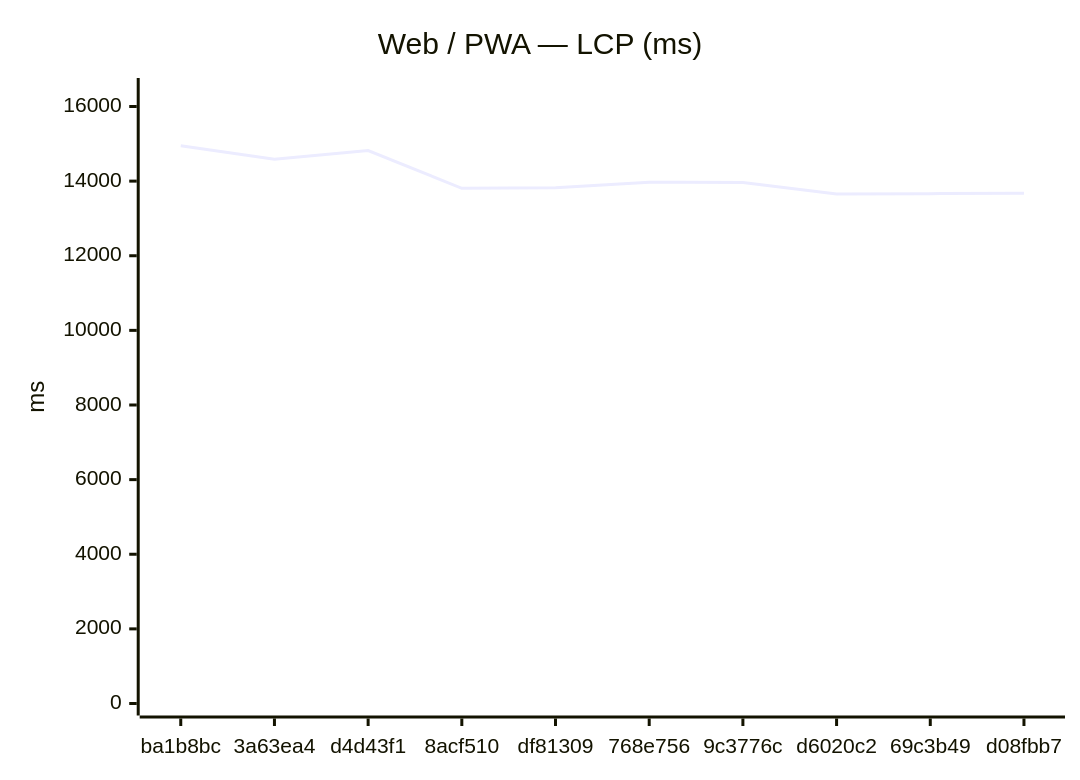
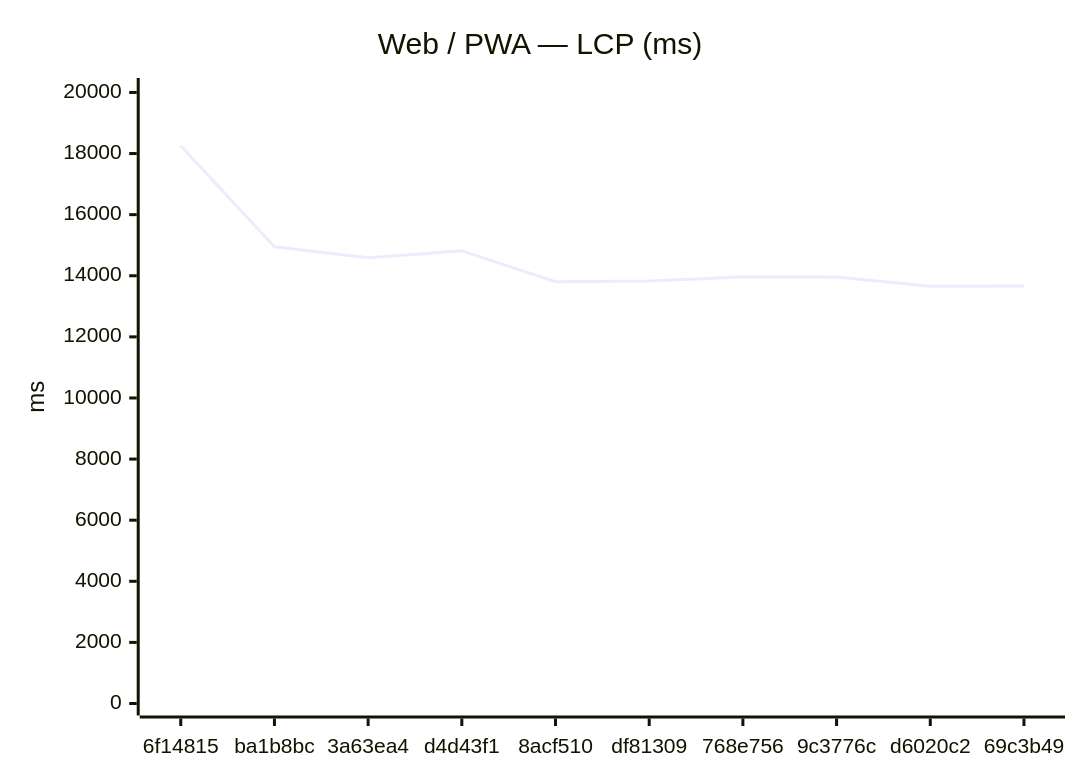
The first of 18 diagrams in benchmarks/compare.md (Metaheurist/Rianell), drawn with Mermaid before and after one commit. The commit also changed other lines of this file and 11 other files, not shown here.

````diff
--- a/benchmarks/compare.md
+++ b/benchmarks/compare.md
@@ -24,7 +24,7 @@
 ```mermaid
 xychart-beta
     title "Web / PWA — LCP (ms)"
-    x-axis ["ba1b8bc", "3a63ea4", "d4d43f1", "8acf510", "df81309", "768e756", "9c3776c", "d6020c2", "69c3b49", "d08fbb7"]
-    y-axis "ms" 0 --> 16442
-    line [14947, 14588, 14818, 13807, 13825, 13971, 13962, 13654, 13664, 13678]
+    x-axis ["6f14815", "ba1b8bc", "3a63ea4", "d4d43f1", "8acf510", "df81309", "768e756", "9c3776c", "d6020c2", "69c3b49"]
+    y-axis "ms" 0 --> 20080
+    line [18254, 14947, 14588, 14818, 13807, 13825, 13971, 13962, 13654, 13664]
 ```
````
